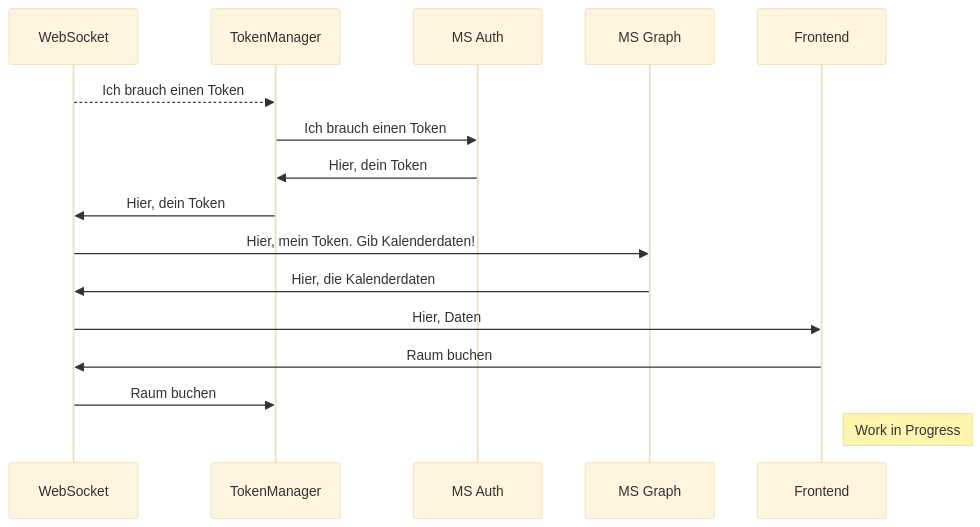
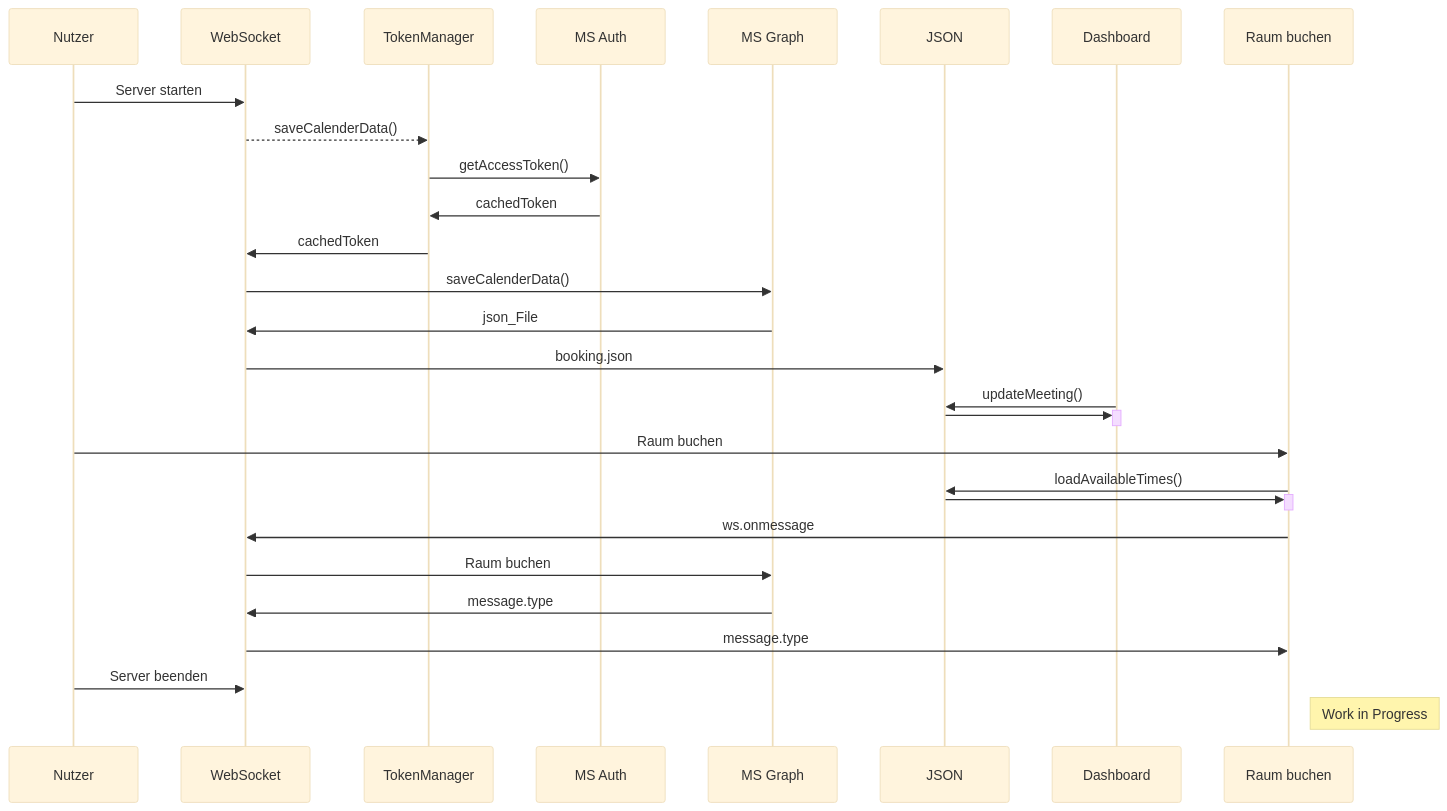
One commit to a-sqa-de/Raumbuchung changed the diagram in README.md. Above: the diagram before and after it, drawn with Mermaid (base theme).

Commit message:
Update README.md
Diagramm Update

````diff
--- a/README.md
+++ b/README.md
@@ -119,16 +119,29 @@
 ```mermaid
 sequenceDiagram
-WebSocket -->> TokenManager: Ich brauch einen Token
-TokenManager->>MS Auth: Ich brauch einen Token
-MS Auth->>TokenManager: Hier, dein Token
-TokenManager ->> WebSocket: Hier, dein Token
-WebSocket ->> MS Graph: Hier, mein Token. Gib Kalenderdaten!
-MS Graph ->> WebSocket: Hier, die Kalenderdaten
-WebSocket ->> Frontend: Hier, Daten
-Frontend ->> WebSocket: Raum buchen
-WebSocket ->> TokenManager: Raum buchen
 
-
-Note right of Frontend: Work in Progress
+Nutzer ->> WebSocket: Server starten
+WebSocket -->> TokenManager: saveCalenderData()
+TokenManager->>MS Auth: getAccessToken()
+MS Auth->>TokenManager: cachedToken
+TokenManager ->> WebSocket: cachedToken
+WebSocket ->> MS Graph: saveCalenderData()
+MS Graph ->> WebSocket: json_File
+WebSocket ->> JSON: booking.json
+Dashboard ->> JSON: updateMeeting()
+activate Dashboard
+JSON ->> Dashboard: 
+deactivate Dashboard
+Nutzer ->> Raum buchen: Raum buchen
+Raum buchen ->> JSON: loadAvailableTimes()
+activate Raum buchen
+JSON ->> Raum buchen: 
+deactivate Raum buchen
+Raum buchen ->> WebSocket: ws.onmessage
+WebSocket ->> MS Graph: Raum buchen
+MS Graph ->> WebSocket: message.type
+WebSocket ->> Raum buchen: message.type
+Nutzer ->> WebSocket: Server beenden
+	
+Note right of Raum buchen: Work in Progress
 
 ```
````
